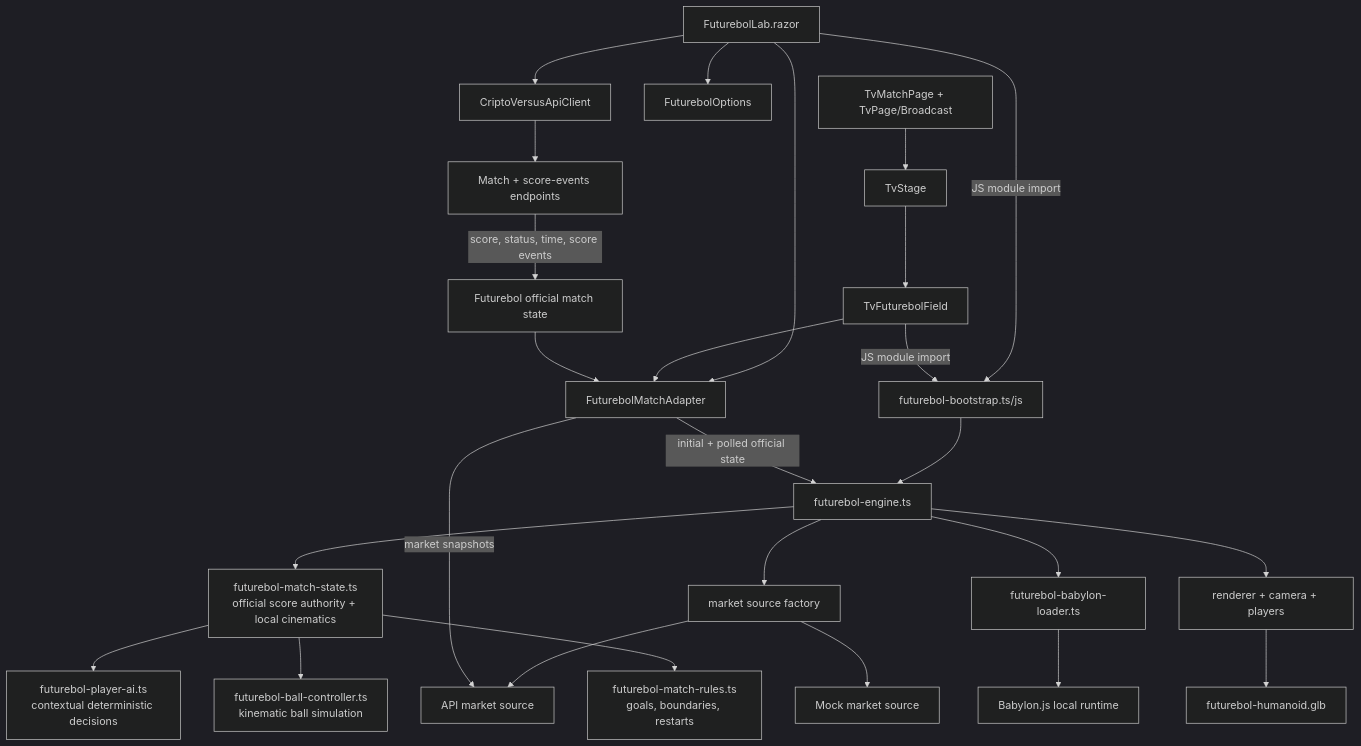
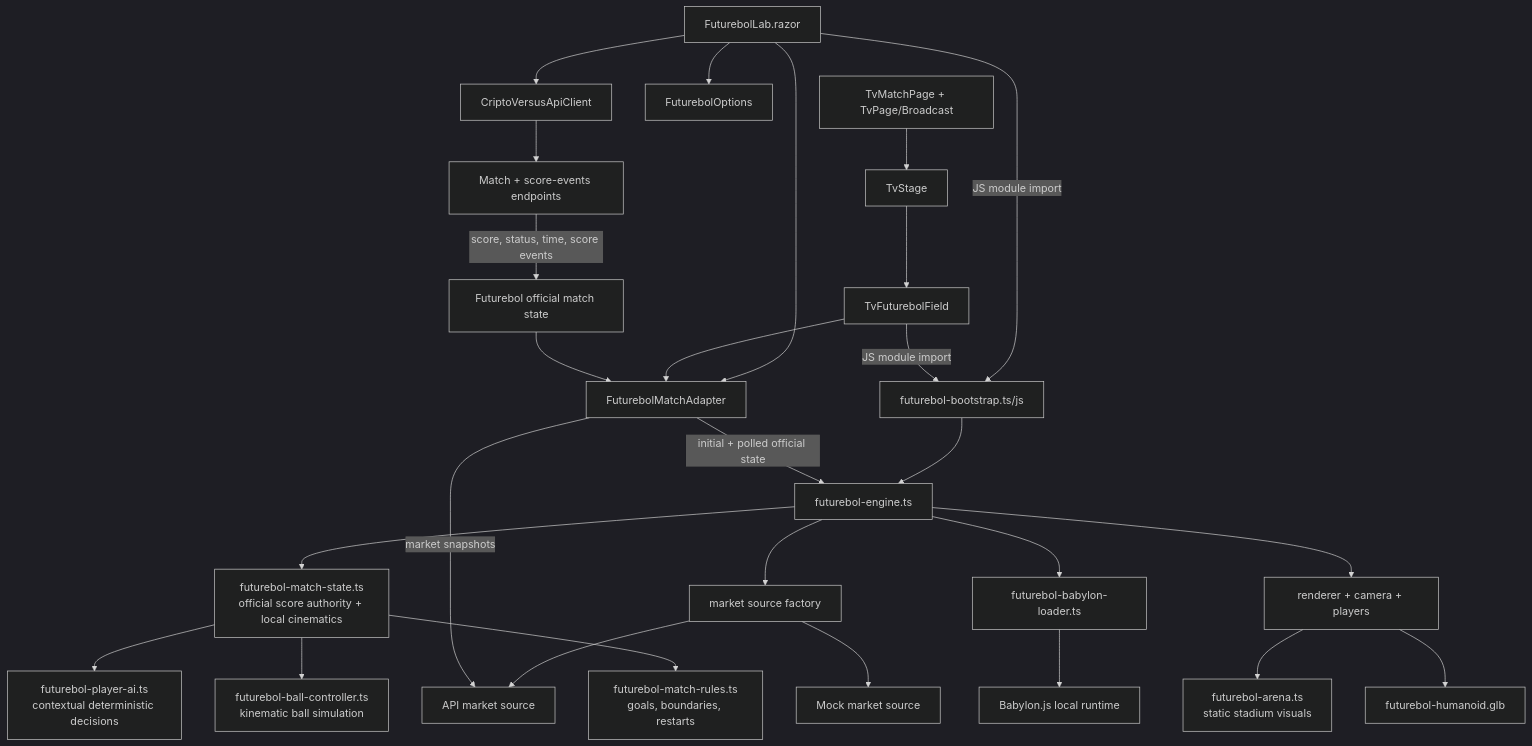
Before and after one commit to gigadigito/EthicAI: the sixth of 8 diagrams in ARCHITECTURE.md, drawn with Mermaid (dark theme). The commit also changed other lines of this file and 10 other files, not shown here.

First line of the commit message:
Refatora renderização do estádio com FuturebolArena

````diff
--- a/ARCHITECTURE.md
+++ b/ARCHITECTURE.md
@@ -397,51 +397,53 @@
 ```mermaid
 flowchart TD
     Lab[FuturebolLab.razor]
     TvPages[TvMatchPage + TvPage/Broadcast]
     Stage[TvStage]
     TvField[TvFuturebolField]
     Adapter[FuturebolMatchAdapter]
     Options[FuturebolOptions]
     APIClient[CriptoVersusApiClient]
     MatchApi[Match + score-events endpoints]
     Bootstrap[futurebol-bootstrap.ts/js]
     Engine[futurebol-engine.ts]
     State[futurebol-match-state.ts<br/>official score authority + local cinematics]
     AI[futurebol-player-ai.ts<br/>contextual deterministic decisions]
     Ball[futurebol-ball-controller.ts<br/>kinematic ball simulation]
     Rules[futurebol-match-rules.ts<br/>goals, boundaries, restarts]
     Official[Futurebol official match state]
     MarketFactory[market source factory]
     Mock[Mock market source]
     ApiSource[API market source]
     BabylonLoader[futurebol-babylon-loader.ts]
     Babylon[Babylon.js local runtime]
     Renderer[renderer + camera + players]
+    Arena[futurebol-arena.ts<br/>static stadium visuals]
     GLB[futurebol-humanoid.glb]
 
     Lab --> Options
     Lab --> APIClient
     TvPages --> Stage
     Stage --> TvField
     Lab --> Adapter
     TvField --> Adapter
     APIClient --> MatchApi
     MatchApi -->|score, status, time, score events| Official
     Official --> Adapter
     Lab -->|JS module import| Bootstrap
     TvField -->|JS module import| Bootstrap
     Bootstrap --> Engine
     Engine --> State
     State --> AI
     State --> Ball
     State --> Rules
     Engine --> MarketFactory
     MarketFactory --> Mock
     MarketFactory --> ApiSource
     Adapter -->|market snapshots| ApiSource
     Adapter -->|initial + polled official state| Engine
     Engine --> BabylonLoader
     BabylonLoader --> Babylon
     Engine --> Renderer
+    Renderer --> Arena
     Renderer --> GLB
 ```
````
